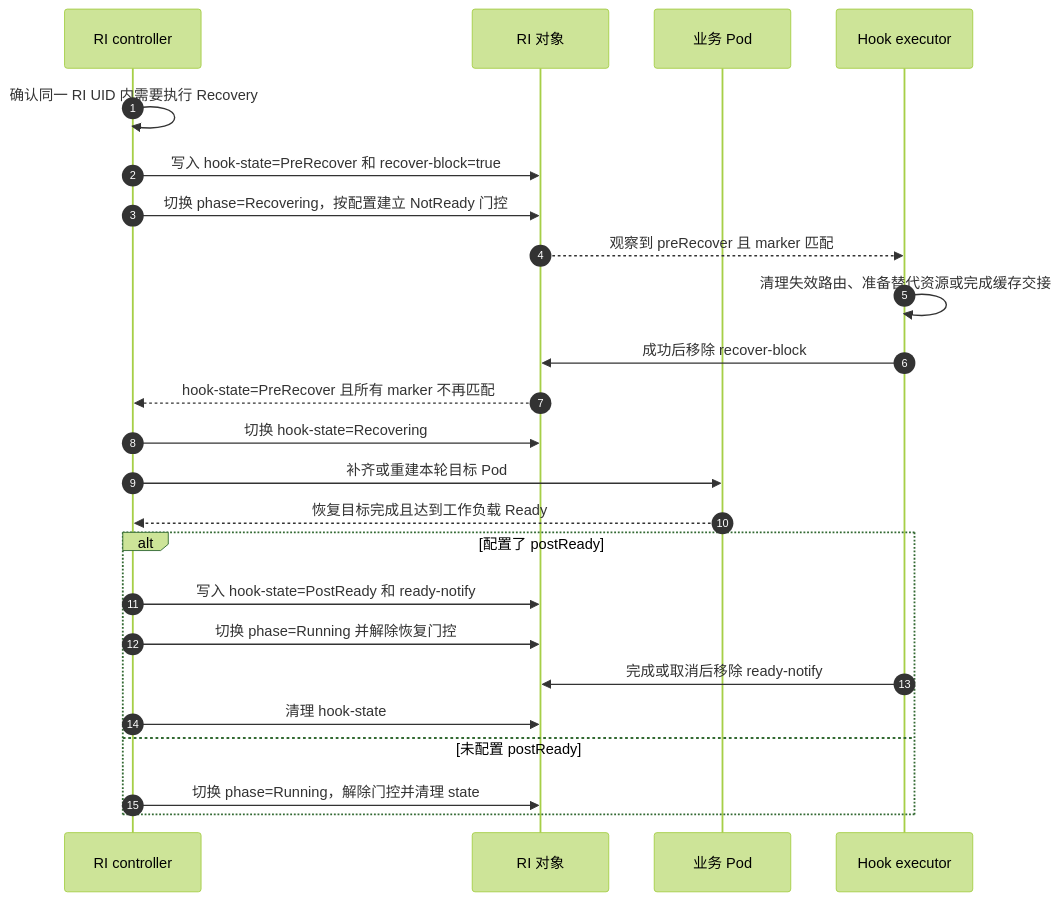
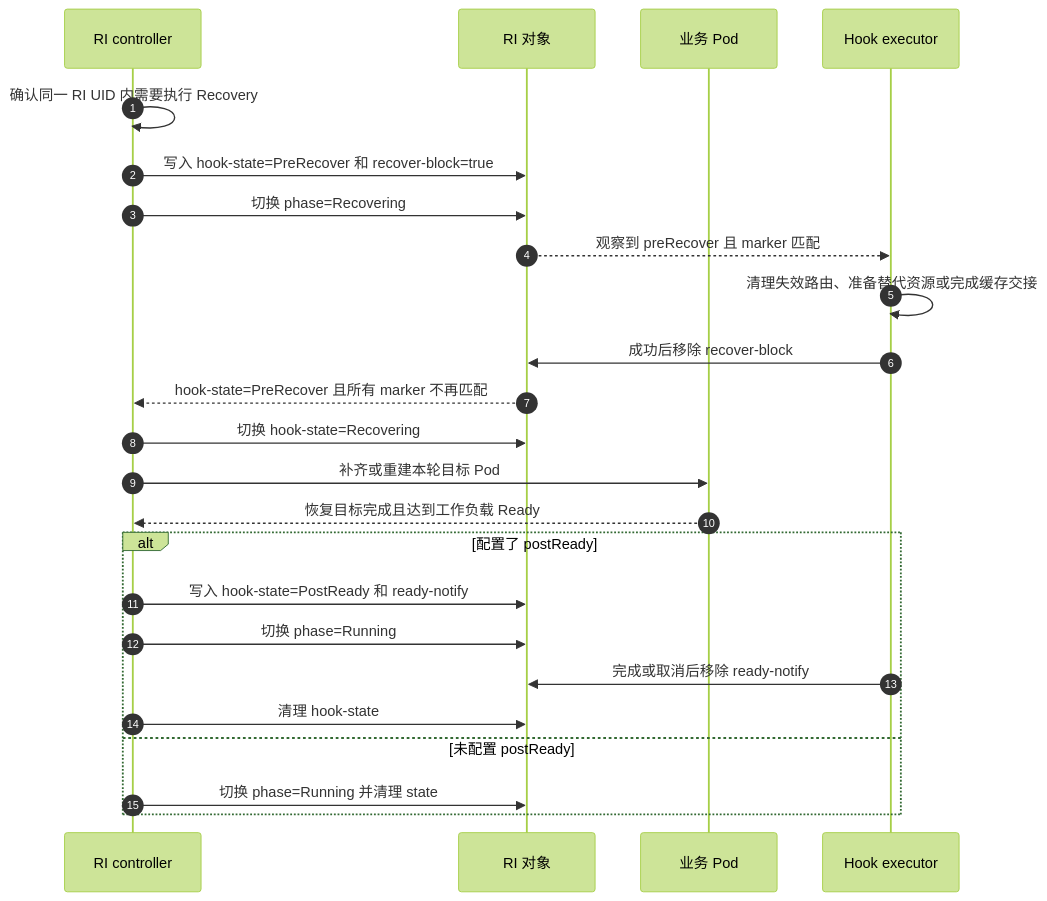
One commit to sgl-project/rbg changed the second of 4 diagrams in keps/527-roleinstance-lifecycle/README.zh-CN.md. Above: the diagram before and after it, drawn with Mermaid (forest theme). The commit also changed other lines of this file and 1 other file, not shown here.

Commit message:
docs: remove markNotReady and readiness gating from KEP-527

````diff
--- a/keps/527-roleinstance-lifecycle/README.zh-CN.md
+++ b/keps/527-roleinstance-lifecycle/README.zh-CN.md
@@ -447,26 +414,26 @@
 ```mermaid
 sequenceDiagram
     autonumber
     participant C as RI controller
     participant R as RI 对象
     participant P as 业务 Pod
     participant E as Hook executor
     C->>C: 确认同一 RI UID 内需要执行 Recovery
     C->>R: 写入 hook-state=PreRecover 和 recover-block=true
-    C->>R: 切换 phase=Recovering，按配置建立 NotReady 门控
+    C->>R: 切换 phase=Recovering
     R-->>E: 观察到 preRecover 且 marker 匹配
     E->>E: 清理失效路由、准备替代资源或完成缓存交接
     E->>R: 成功后移除 recover-block
     R-->>C: hook-state=PreRecover 且所有 marker 不再匹配
     C->>R: 切换 hook-state=Recovering
     C->>P: 补齐或重建本轮目标 Pod
     P-->>C: 恢复目标完成且达到工作负载 Ready
     alt 配置了 postReady
         C->>R: 写入 hook-state=PostReady 和 ready-notify
-        C->>R: 切换 phase=Running 并解除恢复门控
+        C->>R: 切换 phase=Running
         E->>R: 完成或取消后移除 ready-notify
         C->>R: 清理 hook-state
     else 未配置 postReady
-        C->>R: 切换 phase=Running，解除门控并清理 state
+        C->>R: 切换 phase=Running 并清理 state
     end
 ```
````
